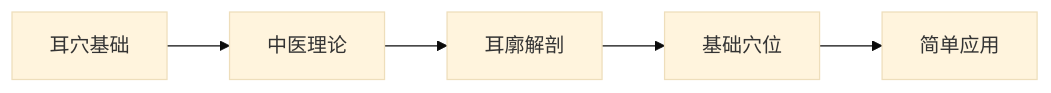
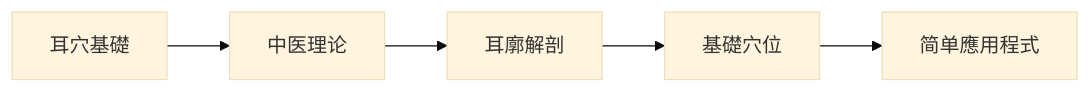
One commit to kmjade/knowledge-value changed the fourth of 6 diagrams in 3 Resources/01-Tech/🏥 专业知识/耳穴知识库/📚 耳穴知识库索引.md. Above: the diagram before and after it, drawn with Mermaid (base theme). The commit also changed other lines of this file and 653 other files, not shown here.

````diff
--- a/3 Resources/01-Tech/🏥 专业知识/耳穴知识库/📚 耳穴知识库索引.md
+++ b/3 Resources/01-Tech/🏥 专业知识/耳穴知识库/📚 耳穴知识库索引.md
@@ -234,7 +234,7 @@
 ```mermaid
 flowchart LR
-    A[耳穴基础] --> B[中医理论]
+    A[耳穴基礎] --> B[中医理论]
     B --> C[耳廓解剖]
-    C --> D[基础穴位]
-    D --> E[简单应用]
+    C --> D[基礎穴位]
+    D --> E[简单應用程式]
 ```
````
